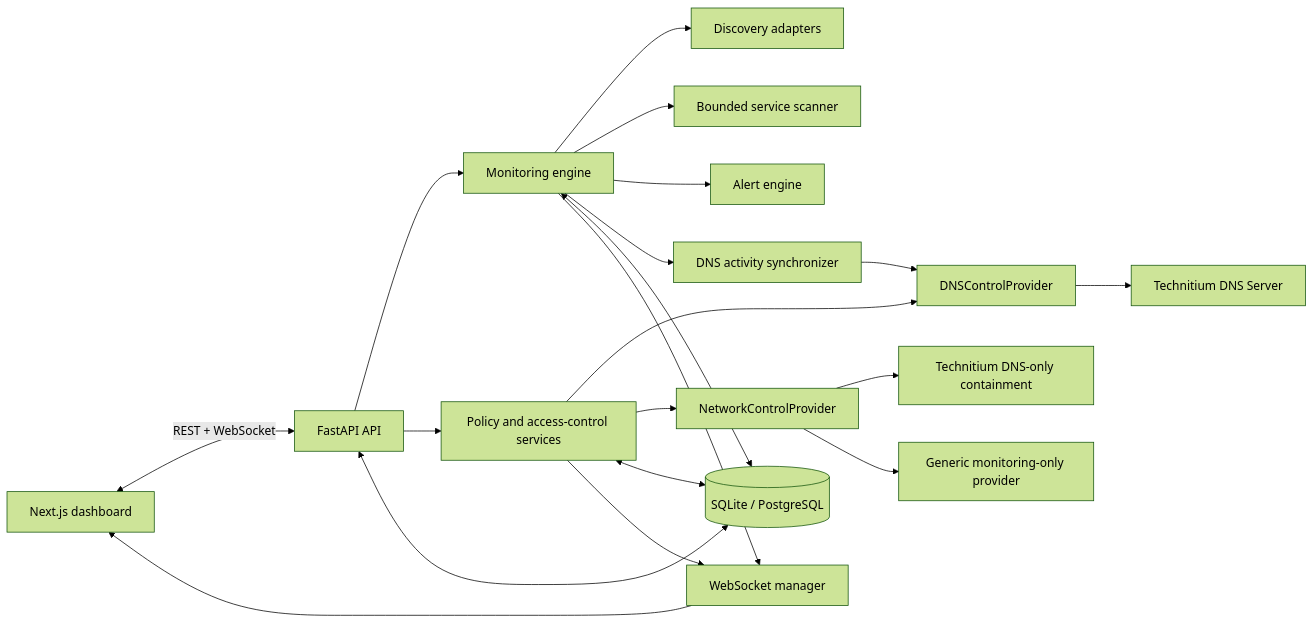
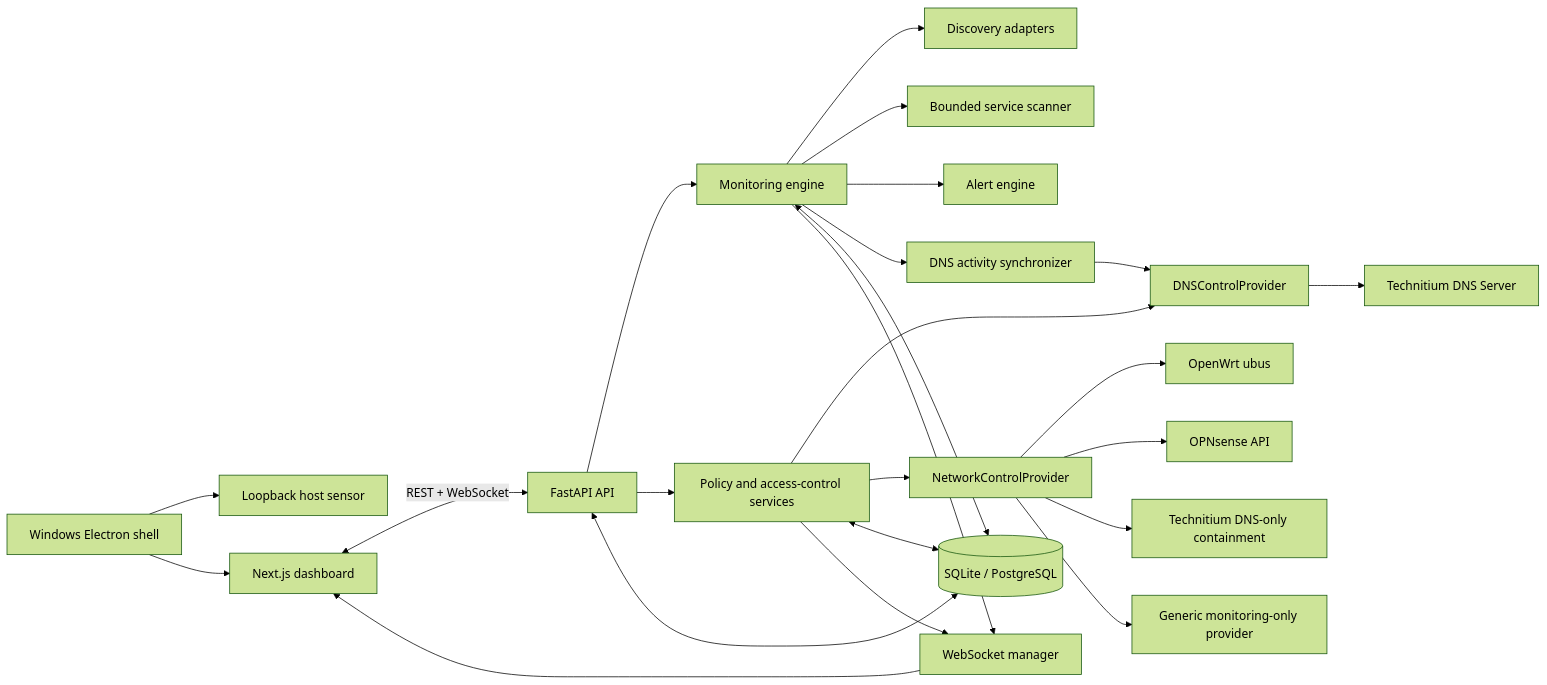
Before and after one commit to DinisIvanetsD/netwatch: the diagram in docs/architecture.md, drawn with Mermaid (forest theme). The commit also changed other lines of this file and 34 other files, not shown here.

Commit message:
feat: add desktop shell and router integrations

````diff
--- a/docs/architecture.md
+++ b/docs/architecture.md
@@ -5,22 +5,26 @@
 ```mermaid
 flowchart LR
     Browser[Next.js dashboard] <-->|REST + WebSocket| API[FastAPI API]
     API --> Monitor[Monitoring engine]
     API --> Control[Policy and access-control services]
     Monitor --> Discovery[Discovery adapters]
     Monitor --> Scanner[Bounded service scanner]
     Monitor --> Alerts[Alert engine]
     Monitor --> DNSActivity[DNS activity synchronizer]
     Control --> DNSProvider[DNSControlProvider]
     Control --> NetworkProvider[NetworkControlProvider]
     DNSActivity --> DNSProvider
     DNSProvider --> Technitium[Technitium DNS Server]
+    NetworkProvider --> OpenWrt[OpenWrt ubus]
+    NetworkProvider --> OPNsense[OPNsense API]
     NetworkProvider --> DNSFallback[Technitium DNS-only containment]
     NetworkProvider --> Fallback[Generic monitoring-only provider]
     API <--> DB[(SQLite / PostgreSQL)]
     Monitor <--> DB
     Control <--> DB
     Monitor --> Realtime[WebSocket manager]
     Control --> Realtime
     Realtime --> Browser
+    Desktop[Windows Electron shell] --> Sensor[Loopback host sensor]
+    Desktop --> Browser
 ```
````
